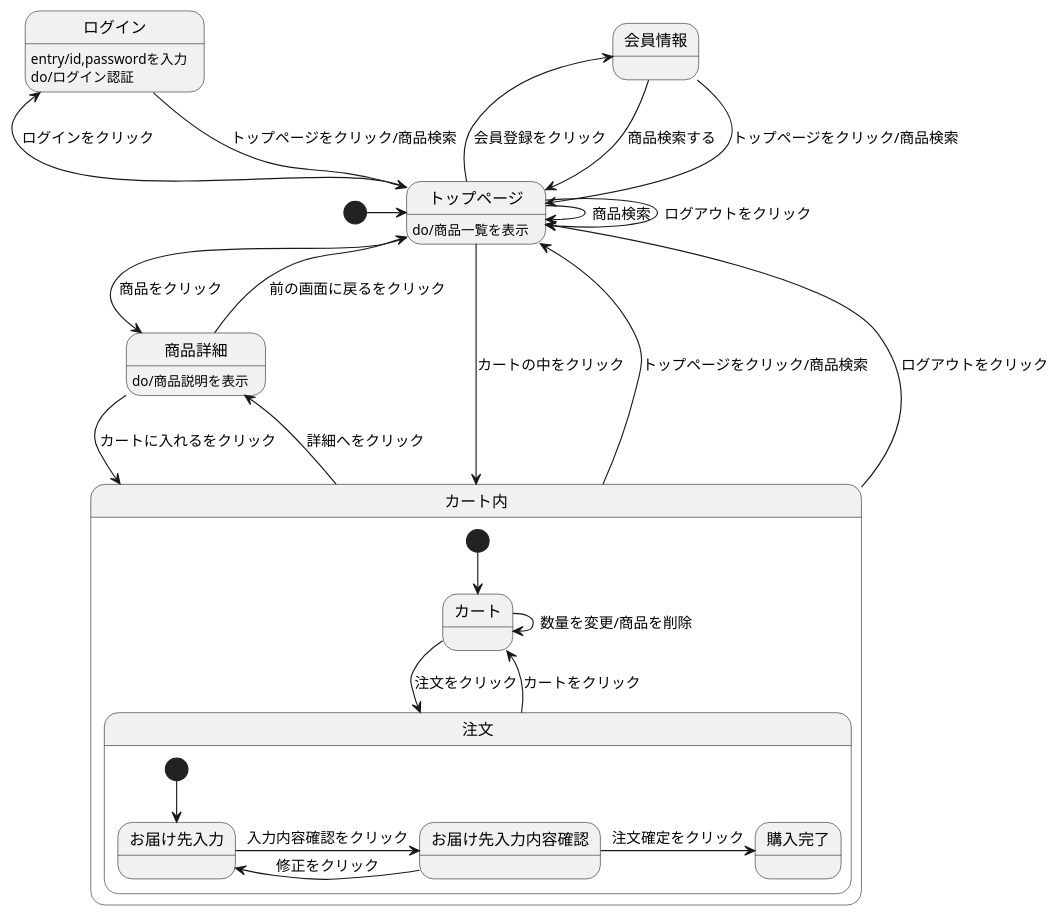
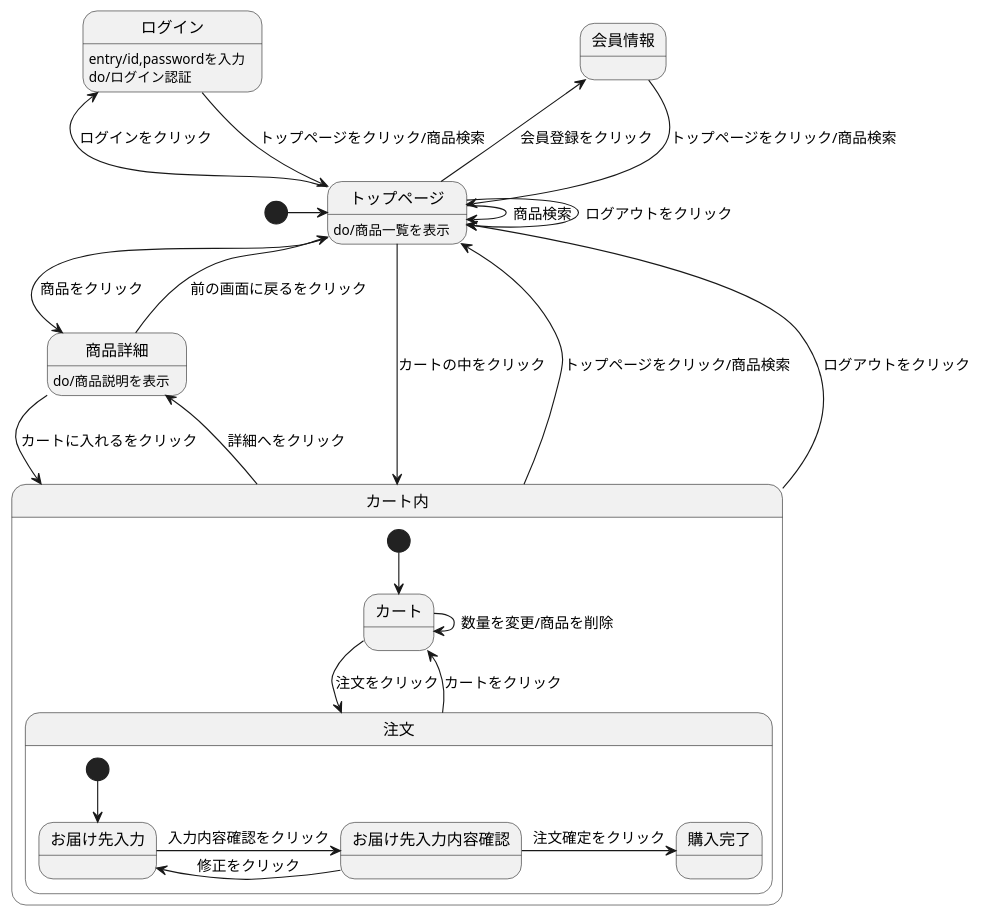
One commit to Aso2001170/2021sys-design changed the diagram in stm01.md. Above: the diagram before and after it, drawn with PlantUML.

````diff
--- a/stm01.md
+++ b/stm01.md
@@ -1,36 +1,35 @@
 ```uml
 @startuml
 [*] -> トップページ
 会員情報 --> トップページ : トップページをクリック/商品検索
 ログイン --> トップページ : トップページをクリック/商品検索
 ログイン : entry/id,passwordを入力
 ログイン : do/ログイン認証
 トップページ --> トップページ : ログアウトをクリック
 トップページ -> トップページ : 商品検索
 トップページ -> 商品詳細 : 商品をクリック
 トップページ -left-> 会員情報 : 会員登録をクリック
 トップページ -left-> ログイン : ログインをクリック
 トップページ --> カート内 : カートの中をクリック
 トップページ : do/商品一覧を表示
 商品詳細 --> カート内 : カートに入れるをクリック
 商品詳細 --> トップページ : 前の画面に戻るをクリック
 商品詳細 : do/商品説明を表示
-会員情報 -> トップページ : 商品検索する
 カート内 -up-> トップページ : トップページをクリック/商品検索
 カート内 -up-> トップページ : ログアウトをクリック
 カート内 -> 商品詳細 : 詳細へをクリック
 
 state カート内 {
  [*] --> カート
  カート -> 注文 : 注文をクリック
  カート -> カート : 数量を変更/商品を削除
  注文 --> カート : カートをクリック
  state 注文 {
   [*] --> お届け先入力
   お届け先入力 -> お届け先入力内容確認 : 入力内容確認をクリック
   お届け先入力内容確認 -> お届け先入力 : 修正をクリック
   お届け先入力内容確認 -> 購入完了 : 注文確定をクリック
   }
  }
 @enduml
 ```
````
